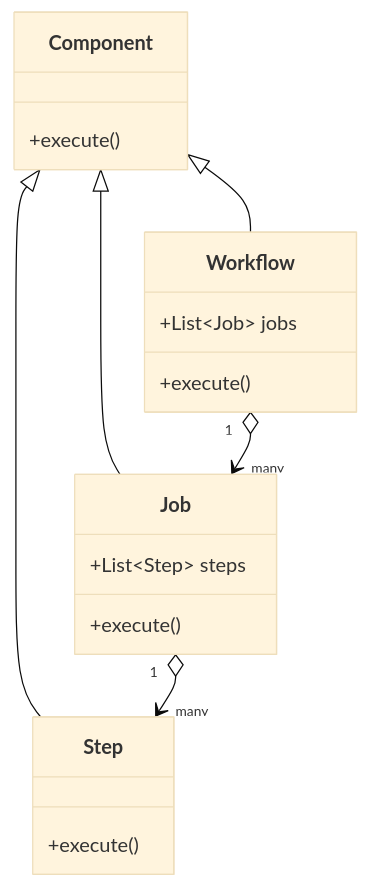
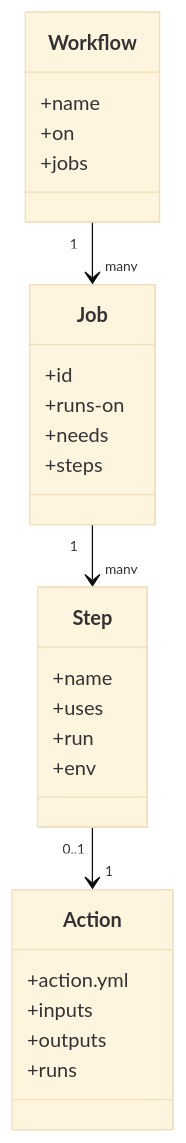
The second of 21 diagrams in Composite/S02-CompositeBuildGraph/case-studies/GitHub-Actions.md (VishuKalier2003/System-Design-Components), drawn with Mermaid (base theme) before and after one commit. The commit also changed other lines of this file, not shown here.

````diff
--- a/Composite/S02-CompositeBuildGraph/case-studies/GitHub-Actions.md
+++ b/Composite/S02-CompositeBuildGraph/case-studies/GitHub-Actions.md
@@ -84,24 +30,30 @@
 ```mermaid
 classDiagram
-    class Component {
-        +execute()
+    class Workflow {
+        +name
+        +on
+        +jobs
+    }
+    class Job {
+        +id
+        +runs-on
+        +needs
+        +steps
     }
     class Step {
-        +execute()
+        +name
+        +uses
+        +run
+        +env
     }
-    class Job {
-        +List~Step~ steps
-        +execute()
-    }
-    class Workflow {
-        +List~Job~ jobs
-        +execute()
+    class Action {
+        +action.yml
+        +inputs
+        +outputs
+        +runs
     }
 
-    Component <|-- Step
-    Component <|-- Job
-    Component <|-- Workflow
-
-    Workflow "1" o--> "many" Job
-    Job "1" o--> "many" Step
+    Workflow "1" --> "many" Job
+    Job "1" --> "many" Step
+    Step "0..1" --> "1" Action
 ```
````
